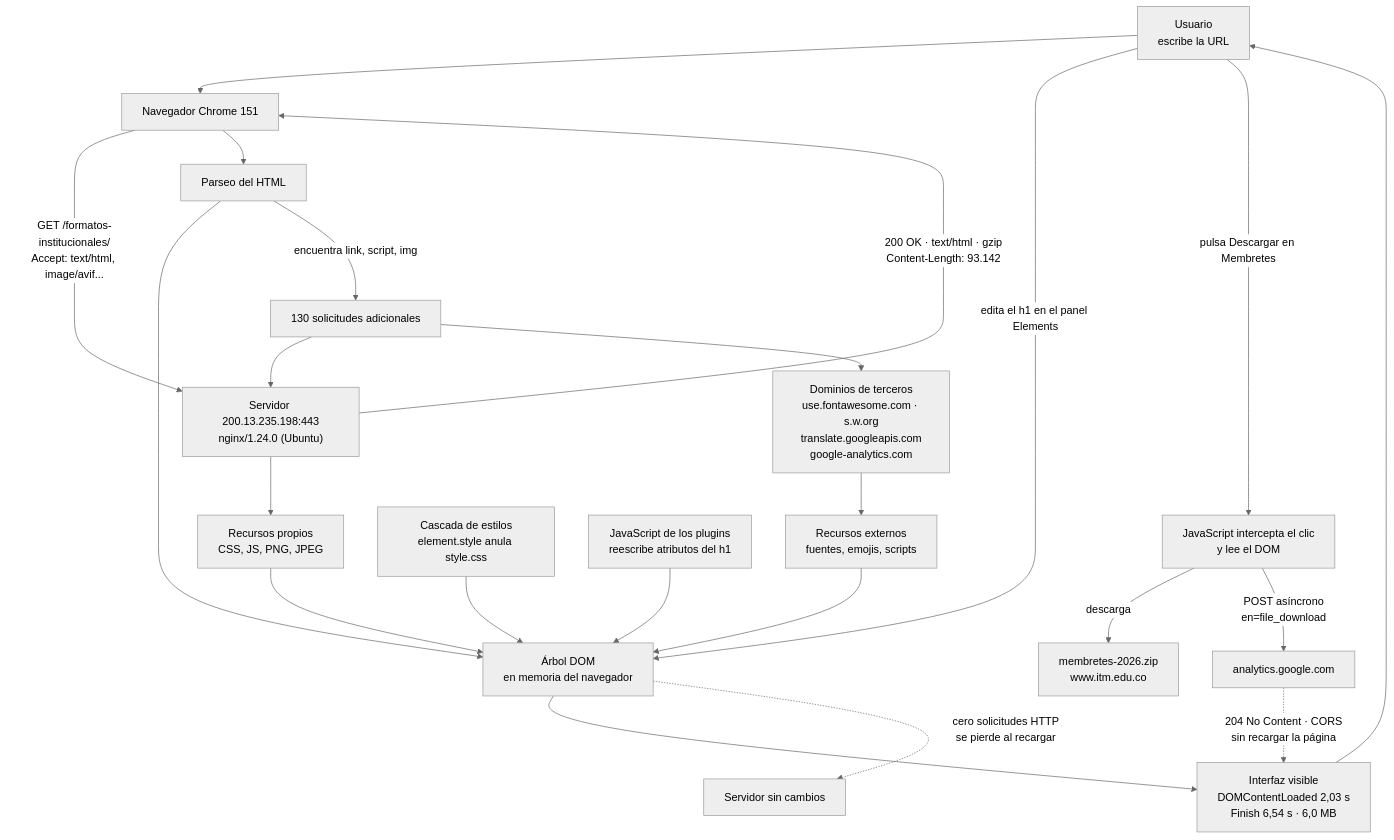
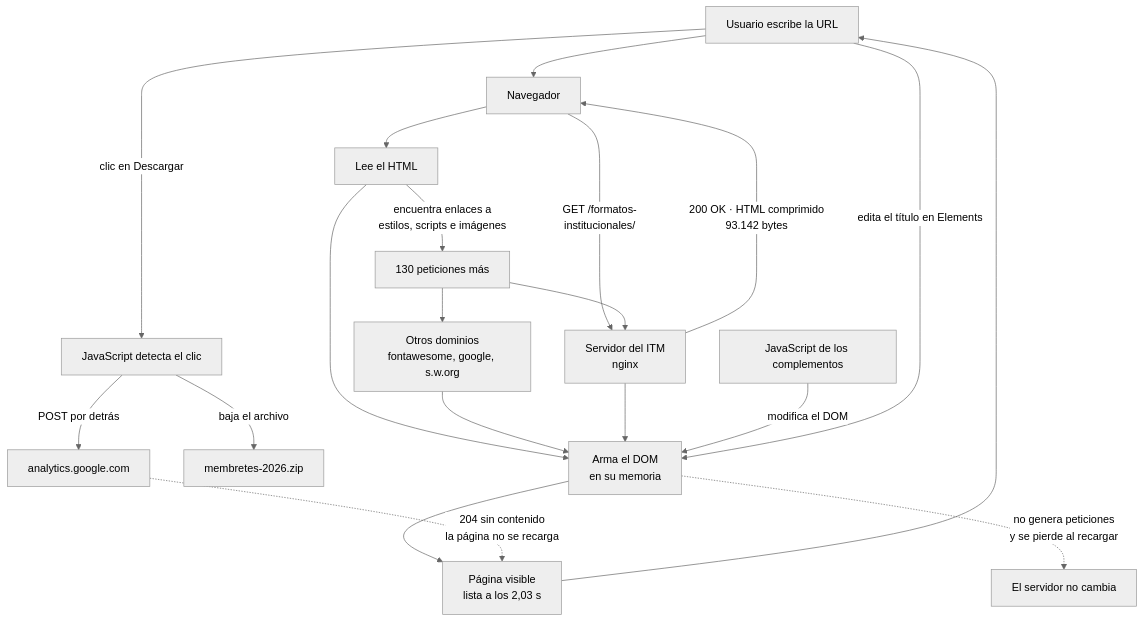
The diagram in laboratorio-01/README.md (mauricioj97/Apliaciones-y-Servicios-Web), drawn with Mermaid (neutral theme) before and after one commit. The commit also changed other lines of this file, not shown here.

First line of the commit message:
Reescritura del informe del Laboratorio 01 en lenguaje mas sencillo

````diff
--- a/laboratorio-01/README.md
+++ b/laboratorio-01/README.md
@@ -415,33 +231,26 @@
 ```mermaid
 flowchart TD
-    U["Usuario<br/>escribe la URL"] --> N["Navegador Chrome 151"]
+    U["Usuario escribe la URL"] --> N["Navegador"]
+    N -->|"GET /formatos-institucionales/"| S["Servidor del ITM<br/>nginx"]
+    S -->|"200 OK · HTML comprimido<br/>93.142 bytes"| N
 
-    N -->|"GET /formatos-institucionales/<br/>Accept: text/html, image/avif..."| S["Servidor 200.13.235.198:443<br/>nginx/1.24.0 (Ubuntu)"]
-    S -->|"200 OK · text/html · gzip<br/>Content-Length: 93.142"| N
+    N --> P["Lee el HTML"]
+    P --> D["Arma el DOM<br/>en su memoria"]
+    P -->|"encuentra enlaces a<br/>estilos, scripts e imágenes"| SUB["130 peticiones más"]
+    SUB --> S
+    SUB --> T["Otros dominios<br/>fontawesome, google, s.w.org"]
+    T --> D
+    S --> D
 
-    N --> P["Parseo del HTML"]
-    P --> D["Árbol DOM<br/>en memoria del navegador"]
-    P -->|"encuentra link, script, img"| SUB["130 solicitudes adicionales"]
-
-    SUB --> S
-    SUB --> T["Dominios de terceros<br/>use.fontawesome.com · s.w.org<br/>translate.googleapis.com<br/>google-analytics.com"]
-
-    S --> R2["Recursos propios<br/>CSS, JS, PNG, JPEG"]
-    T --> R3["Recursos externos<br/>fuentes, emojis, scripts"]
-    R2 --> D
-    R3 --> D
-
-    CSS["Cascada de estilos<br/>element.style anula style.css"] --> D
-    JS["JavaScript de los plugins<br/>reescribe atributos del h1"] --> D
-
-    D --> I["Interfaz visible<br/>DOMContentLoaded 2,03 s<br/>Finish 6,54 s · 6,0 MB"]
+    JS["JavaScript de los complementos"] -->|"modifica el DOM"| D
+    D --> I["Página visible<br/>lista a los 2,03 s"]
     I --> U
 
-    U -->|"edita el h1 en el panel Elements"| D
-    D -.->|"cero solicitudes HTTP<br/>se pierde al recargar"| X["Servidor sin cambios"]
+    U -->|"edita el título en Elements"| D
+    D -.->|"no genera peticiones<br/>y se pierde al recargar"| X["El servidor no cambia"]
 
-    U -->|"pulsa Descargar en Membretes"| JSC["JavaScript intercepta el clic<br/>y lee el DOM"]
-    JSC -->|"descarga"| ZIP["membretes-2026.zip<br/>www.itm.edu.co"]
-    JSC -->|"POST asíncrono<br/>en=file_download"| GA["analytics.google.com"]
-    GA -.->|"204 No Content · CORS<br/>sin recargar la página"| I
+    U -->|"clic en Descargar"| JSC["JavaScript detecta el clic"]
+    JSC -->|"baja el archivo"| ZIP["membretes-2026.zip"]
+    JSC -->|"POST por detrás"| GA["analytics.google.com"]
+    GA -.->|"204 sin contenido<br/>la página no se recarga"| I
 ```
````
